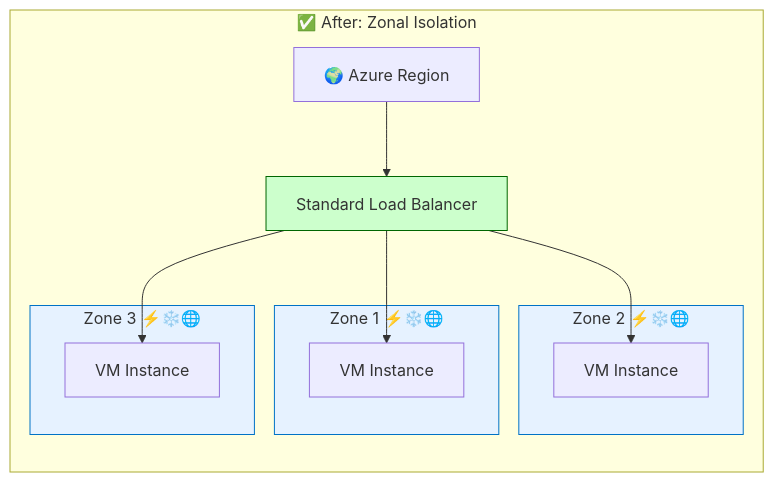
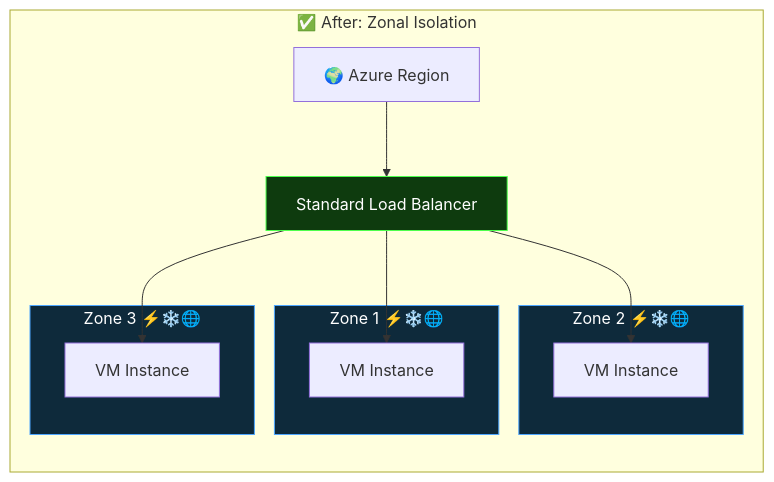
The second of 2 diagrams in README.md (nekdima/gh-copilot-resiliency-demo), drawn with Mermaid before and after one commit. The commit also changed other lines of this file, not shown here.

Commit message:
update architecture diagram styles for improved visual clarity and consistency

````diff
--- a/README.md
+++ b/README.md
@@ -53,30 +53,30 @@
 ```mermaid
 graph LR
     subgraph After ["✅ After: Zonal Isolation"]
         direction TB
         Region2[🌍 Azure Region]
         LB[Standard Load Balancer]
 
         subgraph Zone1 ["Zone 1 ⚡❄️🌐"]
             VM_Z1[VM Instance]
         end
 
         subgraph Zone2 ["Zone 2 ⚡❄️🌐"]
             VM_Z2[VM Instance]
         end
 
         subgraph Zone3 ["Zone 3 ⚡❄️🌐"]
             VM_Z3[VM Instance]
         end
 
         Region2 --> LB
         LB --> VM_Z1
         LB --> VM_Z2
         LB --> VM_Z3
 
-        style LB fill:#ccffcc,stroke:#006600
-        style Zone1 fill:#e6f2ff,stroke:#0072C6
-        style Zone2 fill:#e6f2ff,stroke:#0072C6
-        style Zone3 fill:#e6f2ff,stroke:#0072C6
+        style LB fill:#0e3b0e,stroke:#4dff4d,color:#ffffff
+        style Zone1 fill:#0e2a3b,stroke:#4da6ff,color:#ffffff
+        style Zone2 fill:#0e2a3b,stroke:#4da6ff,color:#ffffff
+        style Zone3 fill:#0e2a3b,stroke:#4da6ff,color:#ffffff
     end
 ```
````
